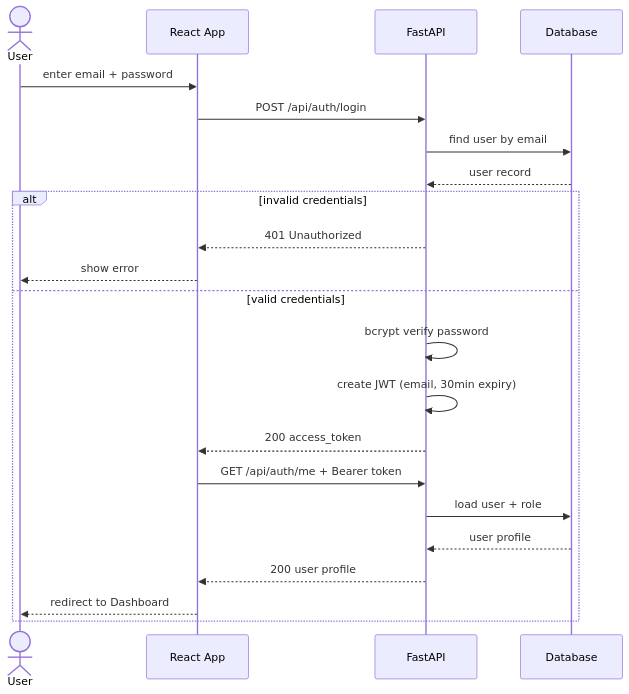
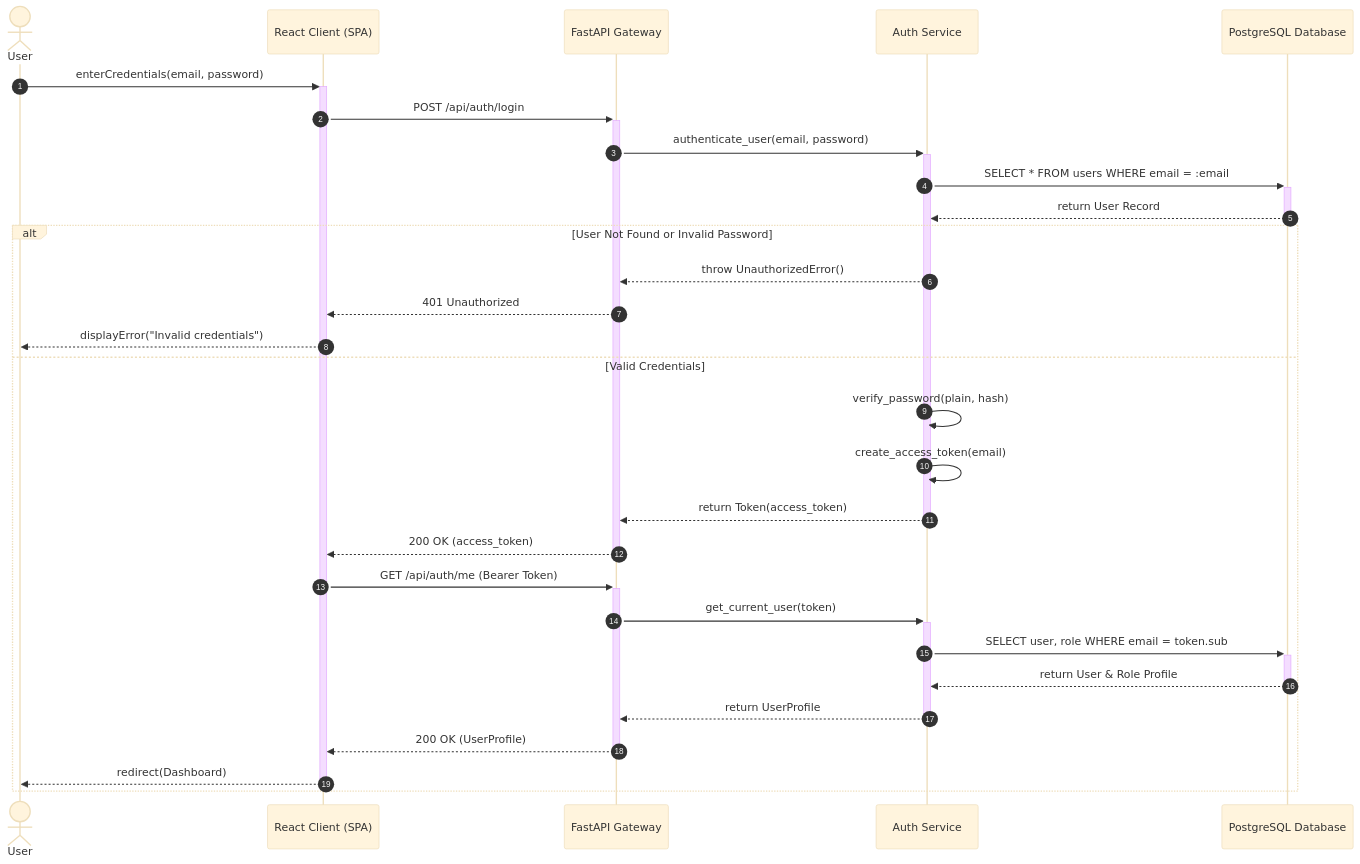
Before and after one commit to hyperS777/BizAI: the diagram in docs/design-diagrams/05-sequence-login.mmd, drawn with Mermaid. The commit also changed 31 other files, not shown here.

Commit message:
docs: add system design diagrams and Visio rebuild guides

```diff
--- a/docs/design-diagrams/05-sequence-login.mmd
+++ b/docs/design-diagrams/05-sequence-login.mmd
@@ -1,24 +1,33 @@
+%%{init: {'theme': 'base', 'sequence': {'actorMargin': 150, 'messageMargin': 60}}}%%
 sequenceDiagram
+    autonumber
     actor U as User
-    participant FE as React App
-    participant API as FastAPI
-    participant DB as Database
+    participant FE as React Client (SPA)
+    participant API as FastAPI Gateway
+    participant AUTH as Auth Service
+    participant DB as PostgreSQL Database
 
-    U->>FE: enter email + password
-    FE->>API: POST /api/auth/login
-    API->>DB: find user by email
-    DB-->>API: user record
-
-    alt invalid credentials
+    U->>+FE: enterCredentials(email, password)
+    FE->>+API: POST /api/auth/login
+    API->>+AUTH: authenticate_user(email, password)
+    AUTH->>+DB: SELECT * FROM users WHERE email = :email
+    DB-->>-AUTH: return User Record
+    
+    alt User Not Found or Invalid Password
+        AUTH-->>API: throw UnauthorizedError()
         API-->>FE: 401 Unauthorized
-        FE-->>U: show error
-    else valid credentials
-        API->>API: bcrypt verify password
-        API->>API: create JWT (email, 30min expiry)
-        API-->>FE: 200 access_token
-        FE->>API: GET /api/auth/me + Bearer token
-        API->>DB: load user + role
-        DB-->>API: user profile
-        API-->>FE: 200 user profile
-        FE-->>U: redirect to Dashboard
+        FE-->>U: displayError("Invalid credentials")
+    else Valid Credentials
+        AUTH->>AUTH: verify_password(plain, hash)
+        AUTH->>AUTH: create_access_token(email)
+        AUTH-->>-API: return Token(access_token)
+        API-->>-FE: 200 OK (access_token)
+        
+        FE->>+API: GET /api/auth/me (Bearer Token)
+        API->>+AUTH: get_current_user(token)
+        AUTH->>+DB: SELECT user, role WHERE email = token.sub
+        DB-->>-AUTH: return User & Role Profile
+        AUTH-->>-API: return UserProfile
+        API-->>-FE: 200 OK (UserProfile)
+        FE-->>-U: redirect(Dashboard)
     end
```
